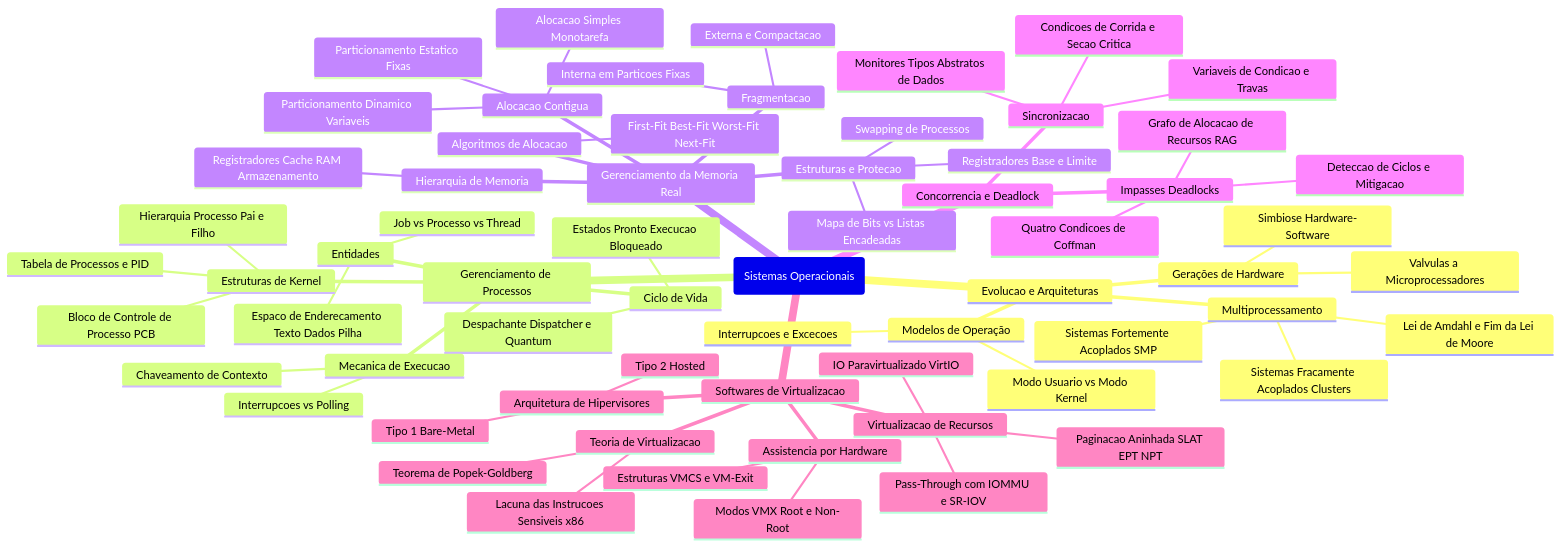
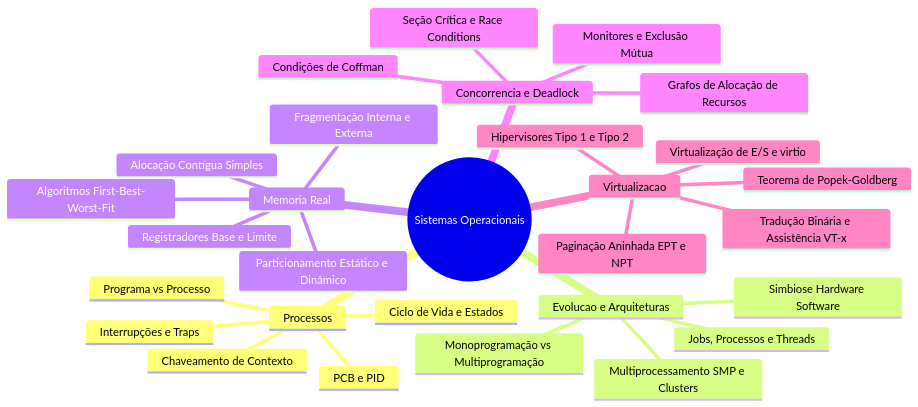
One commit to murilolol/unifef changed the first of 2 diagrams in 3º Semestre/[Prof. Guilherme de Morais] Sistemas Operacionais/Resumos-IA/Caderno-Consolidado.md. Above: the diagram before and after it, drawn with Mermaid. The commit also changed other lines of this file and 40 other files, not shown here.

````diff
--- a/3º Semestre/[Prof. Guilherme de Morais] Sistemas Operacionais/Resumos-IA/Caderno-Consolidado.md
+++ b/3º Semestre/[Prof. Guilherme de Morais] Sistemas Operacionais/Resumos-IA/Caderno-Consolidado.md
@@ -68,68 +36,32 @@
 ```mermaid
 mindmap
-  root("Sistemas Operacionais")
+  root(("Sistemas Operacionais"))
+    Processos
+        Programa vs Processo
+        Ciclo de Vida e Estados
+        PCB e PID
+        Chaveamento de Contexto
+        Interrupções e Traps
     Evolucao e Arquiteturas
-      Gerações de Hardware
-        Valvulas a Microprocessadores
-        Simbiose Hardware-Software
-      Modelos de Operação
-        Modo Usuario vs Modo Kernel
-        Interrupcoes e Excecoes
-      Multiprocessamento
-        Sistemas Fortemente Acoplados SMP
-        Sistemas Fracamente Acoplados Clusters
-        Lei de Amdahl e Fim da Lei de Moore
-    Gerenciamento de Processos
-      Entidades
-        Job vs Processo vs Thread
-        Espaco de Enderecamento Texto Dados Pilha
-      Ciclo de Vida
-        Estados Pronto Execucao Bloqueado
-        Despachante Dispatcher e Quantum
-      Estruturas de Kernel
-        Bloco de Controle de Processo PCB
-        Tabela de Processos e PID
-        Hierarquia Processo Pai e Filho
-      Mecanica de Execucao
-        Chaveamento de Contexto
-        Interrupcoes vs Polling
-    Gerenciamento da Memoria Real
-      Hierarquia de Memoria
-        Registradores Cache RAM Armazenamento
-      Alocacao Contigua
-        Alocacao Simples Monotarefa
-        Particionamento Estatico Fixas
-        Particionamento Dinamico Variaveis
-      Fragmentacao
-        Interna em Particoes Fixas
-        Externa e Compactacao
-      Algoritmos de Alocacao
-        First-Fit Best-Fit Worst-Fit Next-Fit
-      Estruturas e Protecao
-        Mapa de Bits vs Listas Encadeadas
+        Simbiose Hardware Software
+        Monoprogramação vs Multiprogramação
+        Jobs, Processos e Threads
+        Multiprocessamento SMP e Clusters
+    Memoria Real
+        Alocação Contígua Simples
+        Particionamento Estático e Dinâmico
+        Fragmentação Interna e Externa
+        Algoritmos First-Best-Worst-Fit
         Registradores Base e Limite
-        Swapping de Processos
     Concorrencia e Deadlock
-      Sincronizacao
-        Condicoes de Corrida e Secao Critica
-        Monitores Tipos Abstratos de Dados
-        Variaveis de Condicao e Travas
-      Impasses Deadlocks
-        Quatro Condicoes de Coffman
-        Grafo de Alocacao de Recursos RAG
-        Deteccao de Ciclos e Mitigacao
-    Softwares de Virtualizacao
-      Teoria de Virtualizacao
+        Seção Crítica e Race Conditions
+        Monitores e Exclusão Mútua
+        Condições de Coffman
+        Grafos de Alocação de Recursos
+    Virtualizacao
         Teorema de Popek-Goldberg
-        Lacuna das Instrucoes Sensiveis x86
-      Arquitetura de Hipervisores
-        Tipo 1 Bare-Metal
-        Tipo 2 Hosted
-      Assistencia por Hardware
-        Modos VMX Root e Non-Root
-        Estruturas VMCS e VM-Exit
-      Virtualizacao de Recursos
-        Paginacao Aninhada SLAT EPT NPT
-        IO Paravirtualizado VirtIO
-        Pass-Through com IOMMU e SR-IOV
+        Hipervisores Tipo 1 e Tipo 2
+        Tradução Binária e Assistência VT-x
+        Paginação Aninhada EPT e NPT
+        Virtualização de E/S e virtio
 ```
````
